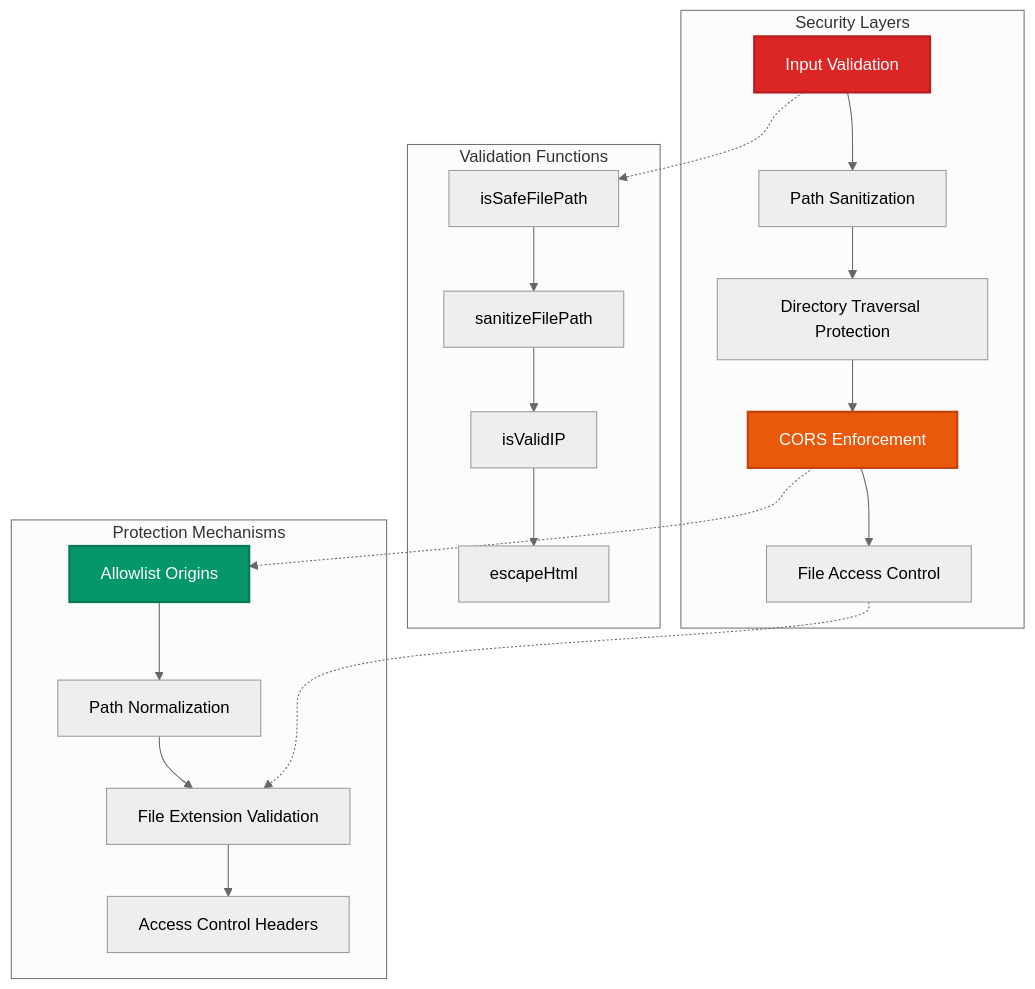
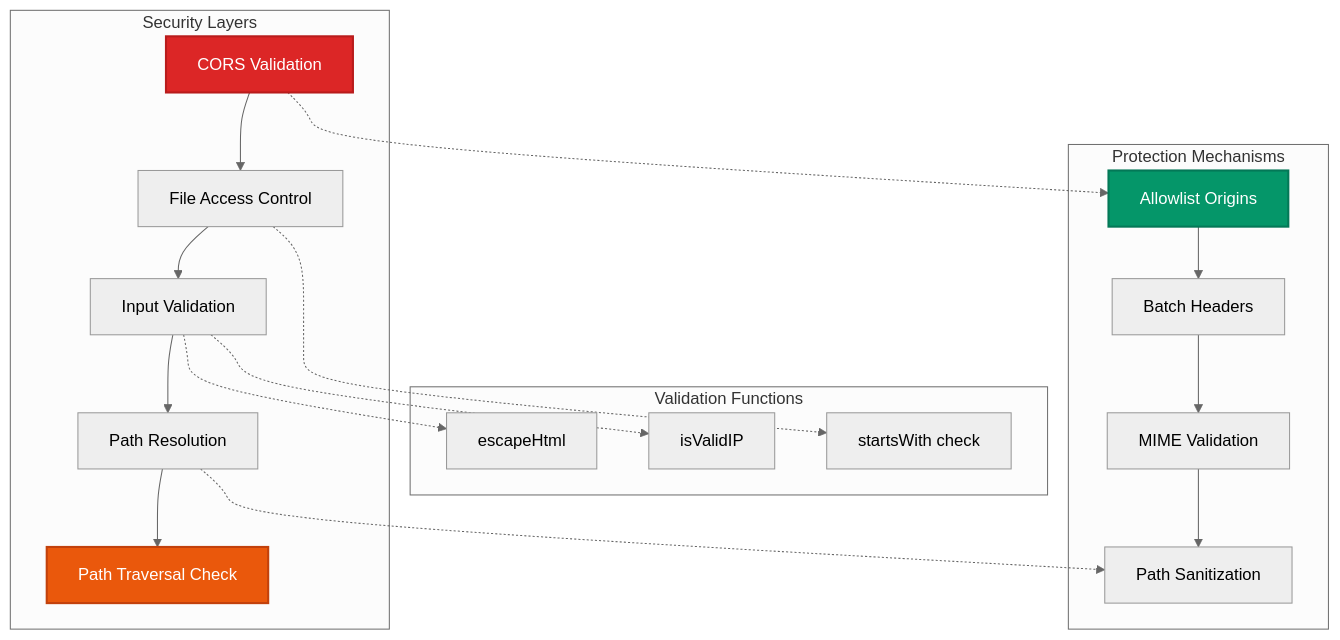
The fourth of 9 diagrams in docs/TECHNICAL_DOCUMENTATION.md (avoidwork/woodland), drawn with Mermaid (neutral theme) before and after one commit. The commit also changed other lines of this file and 74 other files, not shown here.

````diff
--- a/docs/TECHNICAL_DOCUMENTATION.md
+++ b/docs/TECHNICAL_DOCUMENTATION.md
@@ -209,29 +282,31 @@
 ```mermaid
 graph TB
     subgraph "Security Layers"
-        A[Input Validation] --> B[Path Sanitization]
-        B --> C[Directory Traversal Protection]
-        C --> D[CORS Enforcement]
-        D --> E[File Access Control]
+        A[CORS Validation] --> B[File Access Control]
+        B --> C[Input Validation]
+        C --> D[Path Resolution]
+        D --> E[Path Traversal Check]
     end
-    
+
     subgraph "Validation Functions"
-        F[isSafeFilePath] --> G[sanitizeFilePath]
-        G --> H[isValidIP]
-        H --> I[escapeHtml]
+        F[escapeHtml]
+        G[isValidIP]
+        H[startsWith check]
     end
-    
+
     subgraph "Protection Mechanisms"
-        J[Allowlist Origins] --> K[Path Normalization]
-        K --> L[File Extension Validation]
-        L --> M[Access Control Headers]
+        I[Allowlist Origins] --> J[Batch Headers]
+        J --> K[MIME Validation]
+        K --> L[Path Sanitization]
     end
-    
-    A -.-> F
-    D -.-> J
-    E -.-> L
-    
+
+    A -.-> I
+    B -.-> H
+    C -.-> F
+    C -.-> G
+    D -.-> L
+
     style A fill:#dc2626,stroke:#b91c1c,stroke-width:2px,color:#ffffff
-    style D fill:#ea580c,stroke:#c2410c,stroke-width:2px,color:#ffffff
-    style J fill:#059669,stroke:#047857,stroke-width:2px,color:#ffffff
+    style E fill:#ea580c,stroke:#c2410c,stroke-width:2px,color:#ffffff
+    style I fill:#059669,stroke:#047857,stroke-width:2px,color:#ffffff
 ```
````
